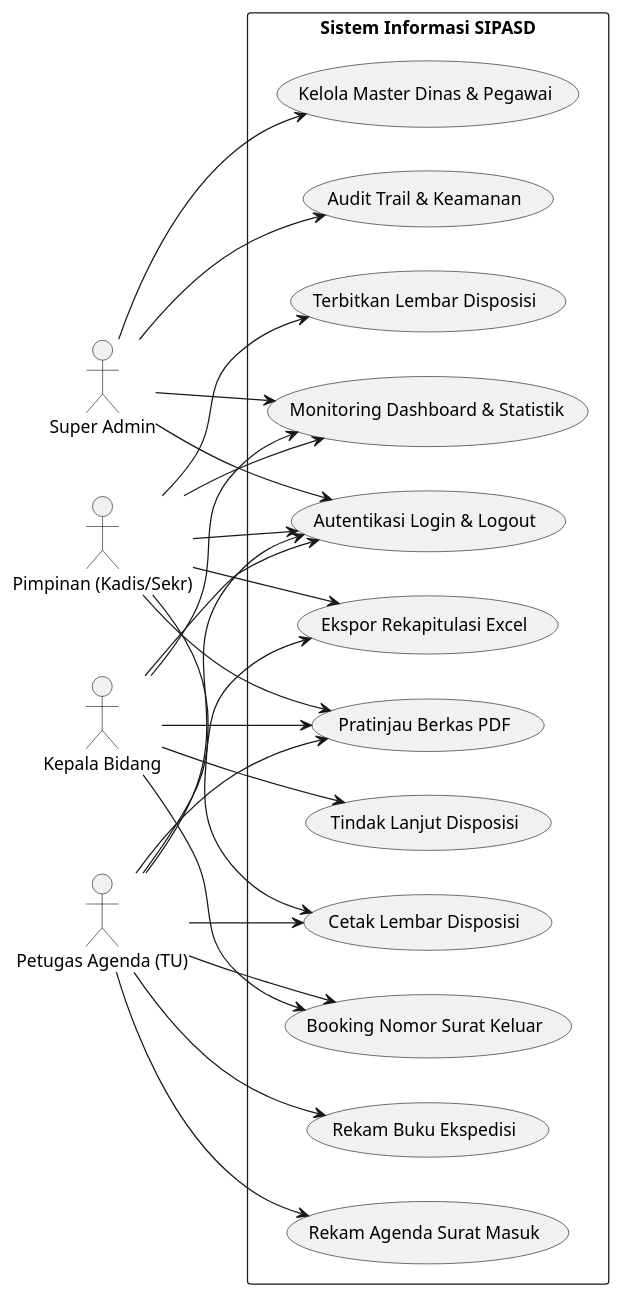
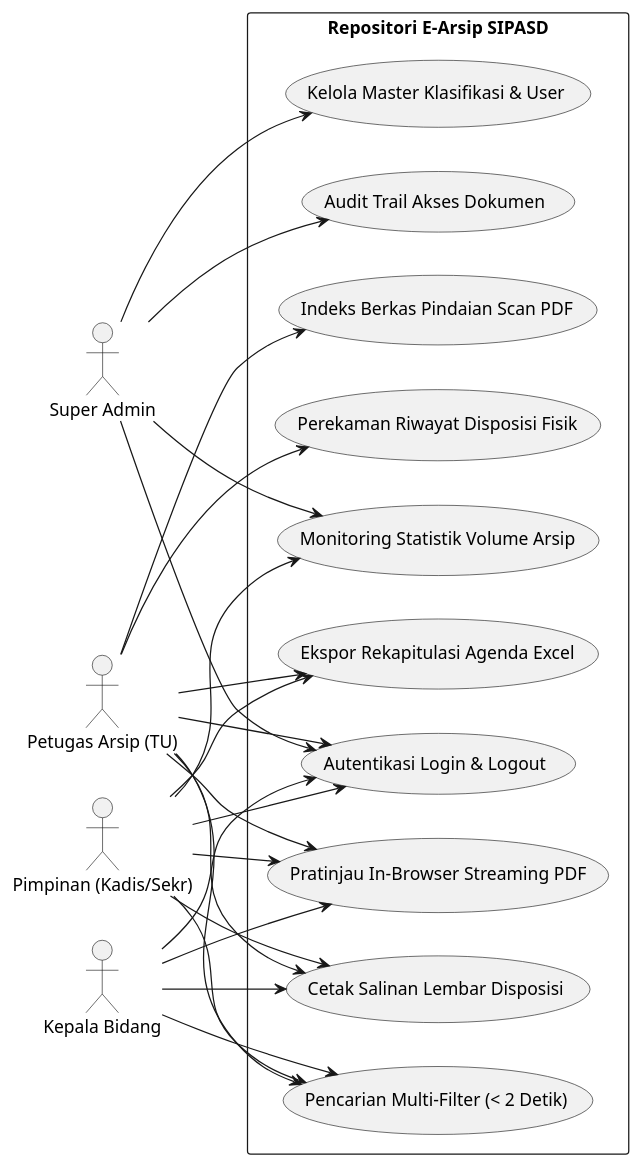
The first of 3 diagrams in docs/UML_DIAGRAMS.md (Dhani078/SIPASD), drawn with PlantUML before and after one commit. The commit also changed other lines of this file and 15 other files, not shown here.

Commit message:
docs: selaraskan seluruh naskah dan dokumen ke model repositori e-arsip digital google drive

````diff
--- a/docs/UML_DIAGRAMS.md
+++ b/docs/UML_DIAGRAMS.md
@@ -46,54 +45,51 @@
 ```plantuml
 @startuml
 left to right direction
 skinparam packageStyle rectangle
 skinparam handwritten false
 skinparam monochrome true
 
 actor "Super Admin" as Admin
+actor "Petugas Arsip (TU)" as TU
 actor "Pimpinan (Kadis/Sekr)" as Pimpinan
-actor "Petugas Agenda (TU)" as TU
 actor "Kepala Bidang" as Kabid
 
-rectangle "Sistem Informasi SIPASD" {
+rectangle "Repositori E-Arsip SIPASD" {
   usecase "Autentikasi Login & Logout" as UC_Auth
-  usecase "Kelola Master Dinas & Pegawai" as UC_Master
-  usecase "Rekam Agenda Surat Masuk" as UC_SM_Input
-  usecase "Pratinjau Berkas PDF" as UC_Viewer
-  usecase "Terbitkan Lembar Disposisi" as UC_Disp_Create
-  usecase "Tindak Lanjut Disposisi" as UC_Disp_Update
-  usecase "Cetak Lembar Disposisi" as UC_Disp_Print
-  usecase "Booking Nomor Surat Keluar" as UC_SK_Booking
-  usecase "Rekam Buku Ekspedisi" as UC_Ekspedisi
-  usecase "Monitoring Dashboard & Statistik" as UC_Dashboard
-  usecase "Ekspor Rekapitulasi Excel" as UC_Excel
-  usecase "Audit Trail & Keamanan" as UC_Audit
+  usecase "Kelola Master Klasifikasi & User" as UC_Master
+  usecase "Pencarian Multi-Filter (< 2 Detik)" as UC_Search
+  usecase "Pratinjau In-Browser Streaming PDF" as UC_Viewer
+  usecase "Indeks Berkas Pindaian Scan PDF" as UC_Indeks
+  usecase "Perekaman Riwayat Disposisi Fisik" as UC_Disp_Record
+  usecase "Cetak Salinan Lembar Disposisi" as UC_Disp_Print
+  usecase "Ekspor Rekapitulasi Agenda Excel" as UC_Excel
+  usecase "Monitoring Statistik Volume Arsip" as UC_Dashboard
+  usecase "Audit Trail Akses Dokumen" as UC_Audit
 }
 
 Admin --> UC_Auth
 Admin --> UC_Master
 Admin --> UC_Audit
 Admin --> UC_Dashboard
 
+TU --> UC_Auth
+TU --> UC_Search
+TU --> UC_Viewer
+TU --> UC_Indeks
+TU --> UC_Disp_Record
+TU --> UC_Disp_Print
+TU --> UC_Excel
+
 Pimpinan --> UC_Auth
+Pimpinan --> UC_Search
 Pimpinan --> UC_Viewer
-Pimpinan --> UC_Disp_Create
 Pimpinan --> UC_Disp_Print
 Pimpinan --> UC_Dashboard
 Pimpinan --> UC_Excel
 
-TU --> UC_Auth
-TU --> UC_SM_Input
-TU --> UC_Viewer
-TU --> UC_Disp_Print
-TU --> UC_SK_Booking
-TU --> UC_Ekspedisi
-TU --> UC_Excel
-
 Kabid --> UC_Auth
+Kabid --> UC_Search
 Kabid --> UC_Viewer
-Kabid --> UC_Disp_Update
-Kabid --> UC_SK_Booking
-Kabid --> UC_Dashboard
+Kabid --> UC_Disp_Print
 @enduml
 ```
````
